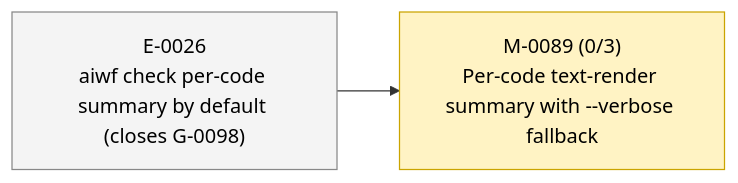
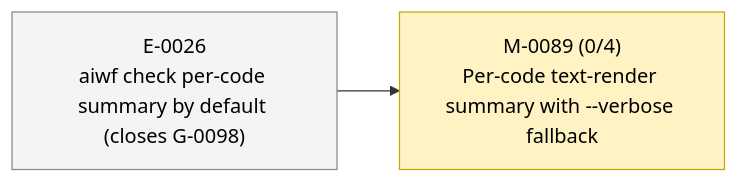
Before and after one commit to 23min/aiwf: the second of 2 diagrams in STATUS.md, drawn with Mermaid. The commit also changed other lines of this file and 1 other file, not shown here.

````diff
--- a/STATUS.md
+++ b/STATUS.md
@@ -51,12 +51,12 @@
 ```mermaid
 flowchart LR
   E_0026["E-0026<br/>aiwf check per-code summary by default (closes G-0098)"]:::epic_proposed
-  M_0089["M-0089 (0/3)<br/>Per-code text-render summary with --verbose fallback"]:::ms_in_progress
+  M_0089["M-0089 (0/4)<br/>Per-code text-render summary with --verbose fallback"]:::ms_in_progress
   E_0026 --> M_0089
   classDef epic_active fill:#d6eaff,stroke:#1a73e8,color:#000
   classDef epic_proposed fill:#f4f4f4,stroke:#888,color:#000
   classDef ms_done fill:#d8f5d8,stroke:#2a8a2a,color:#000
   classDef ms_in_progress fill:#fff3c4,stroke:#caa400,color:#000
   classDef ms_draft fill:#f4f4f4,stroke:#888,color:#000
   classDef ms_cancelled fill:#fbeaea,stroke:#c33,color:#000
 ```
````
